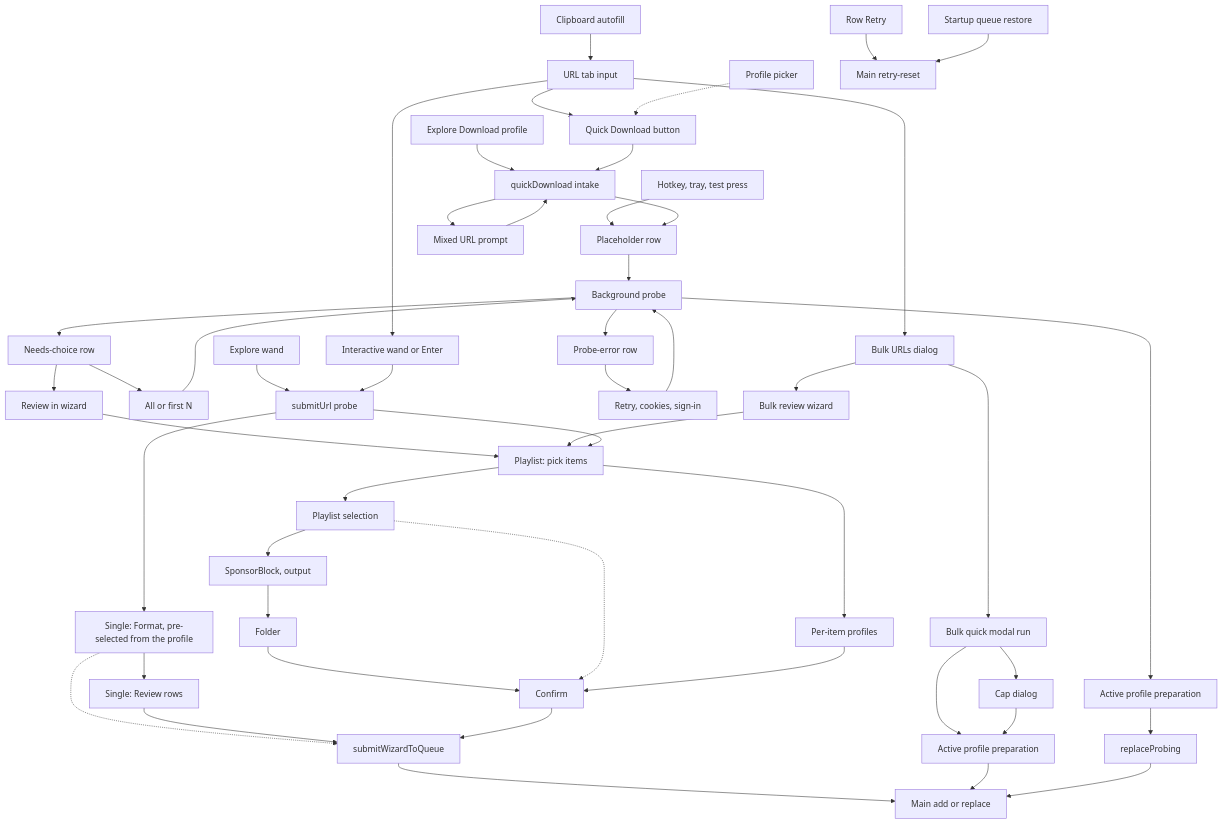
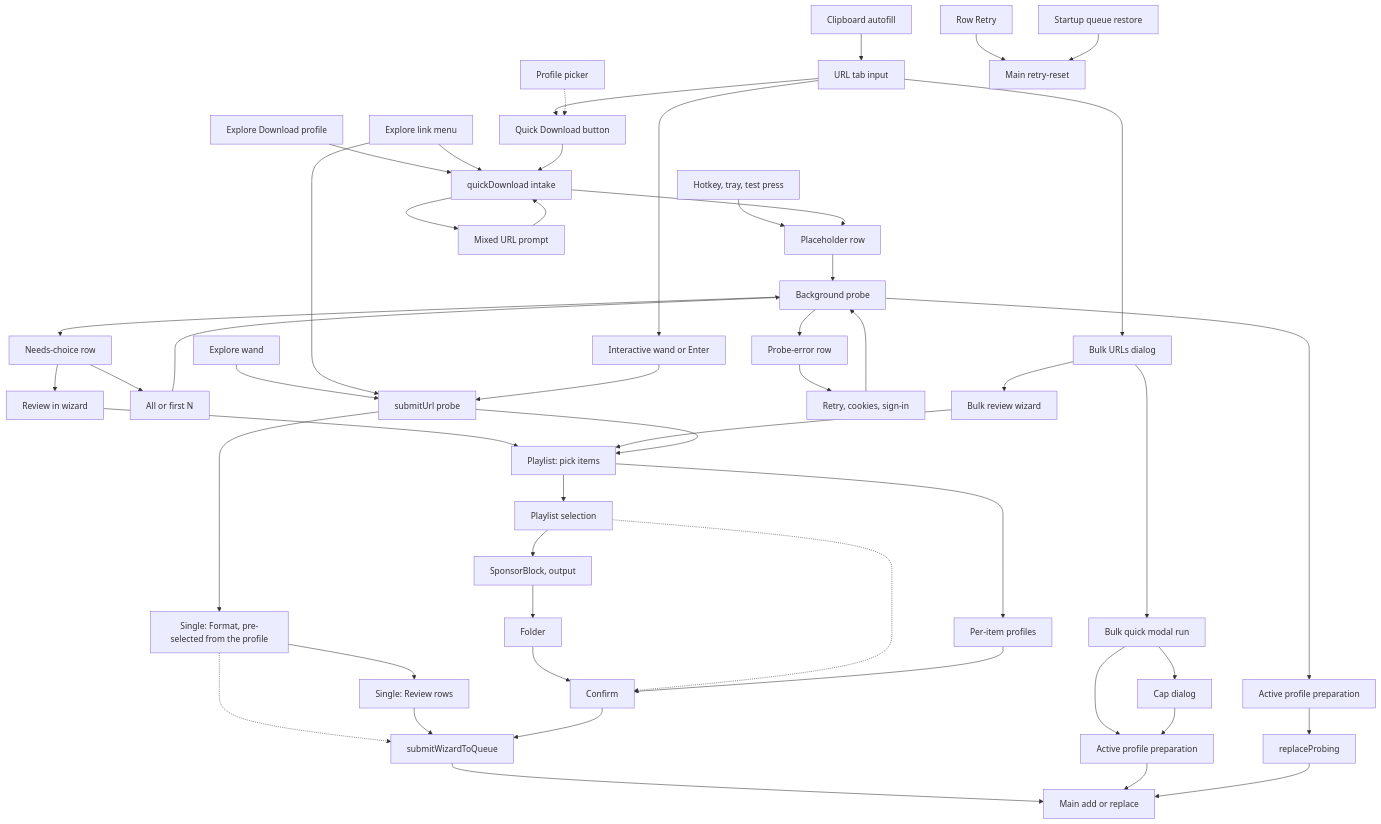
One commit to DragoonT/Arroxy changed the diagram in dev-docs/download-workflows.md. Above: the diagram before and after it, drawn with Mermaid. The commit also changed other lines of this file and 155 other files, not shown here.

First line of the commit message:
feat(explore): right-click a link to download it (#290)

````diff
--- a/dev-docs/download-workflows.md
+++ b/dev-docs/download-workflows.md
@@ -22,42 +22,44 @@
 ```mermaid
 graph TD
   URL[URL tab input] --> QBTN[Quick Download button]
   URL --> WAND[Interactive wand or Enter]
   URL --> BULK[Bulk URLs dialog]
   CLIP[Clipboard autofill] --> URL
   PICK[Profile picker] -.-> QBTN
   EXD[Explore Download profile] --> QD
   EXW[Explore wand] --> SU
+  EXL[Explore link menu] --> QD
+  EXL --> SU
   HK[Hotkey, tray, test press] --> PLC
   QBTN --> QD[quickDownload intake]
   QD --> MIX[Mixed URL prompt] --> QD
   QD --> PLC[Placeholder row]
   PLC --> PRB[Background probe]
   PRB --> APS[Active profile preparation]
   PRB --> NC[Needs-choice row]
   PRB --> PE[Probe-error row]
   NC --> ALL[All or first N] --> PRB
   NC --> REV[Review in wizard] --> WP
   PE --> RTY[Retry, cookies, sign-in] --> PRB
   APS --> SWAP[replaceProbing]
   BULK --> BQ[Bulk quick modal run] --> APS2[Active profile preparation]
   BQ --> CAP[Cap dialog] --> APS2
   BULK --> BW[Bulk review wizard] --> WP
   WAND --> SU[submitUrl probe]
   SU --> WS[Single: Format, pre-selected from the profile]
   WS --> RVW[Single: Review rows]
   WS -.-> SUB
   RVW --> SUB
   SU --> WP[Playlist: pick items]
   WP --> PP[Playlist selection]
   WP --> MPM[Per-item profiles]
   PP --> OPT[SponsorBlock, output]
   OPT --> FLD[Folder] --> CNF[Confirm]
   PP -.-> CNF
   MPM --> CNF
   CNF --> SUB[submitWizardToQueue] --> ADD[Main add or replace]
   APS2 --> ADD
   SWAP --> ADD
   DLR[Row Retry] --> MAIN[Main retry-reset]
   BOOT[Startup queue restore] --> MAIN
 ```
````
